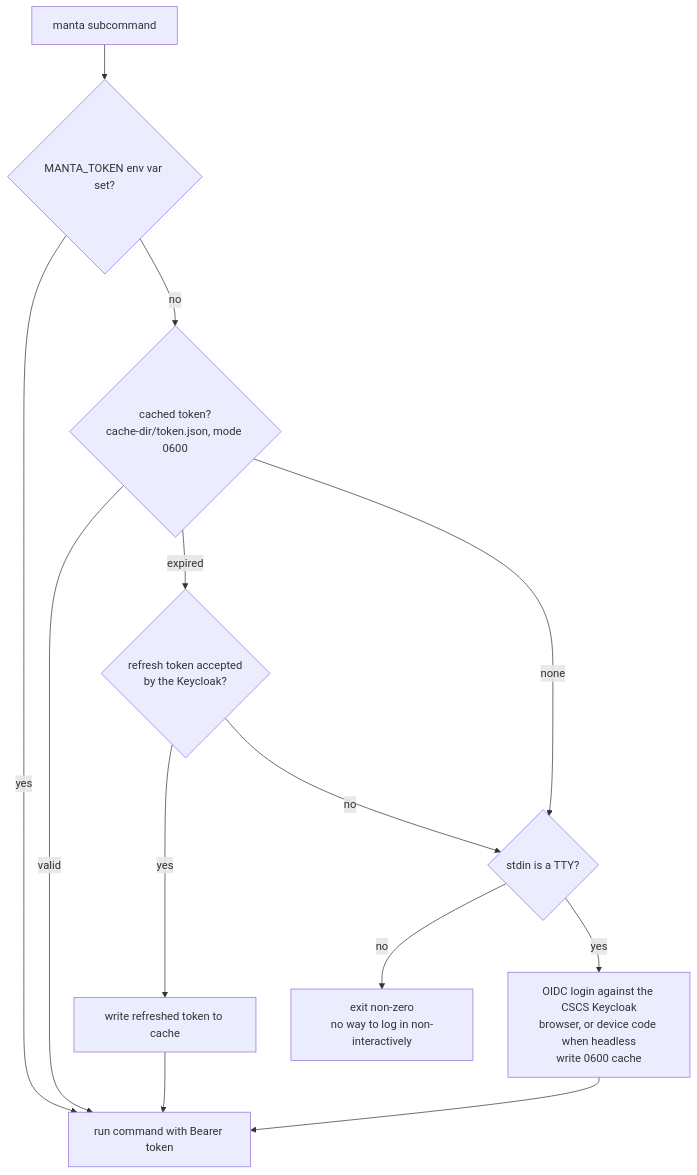
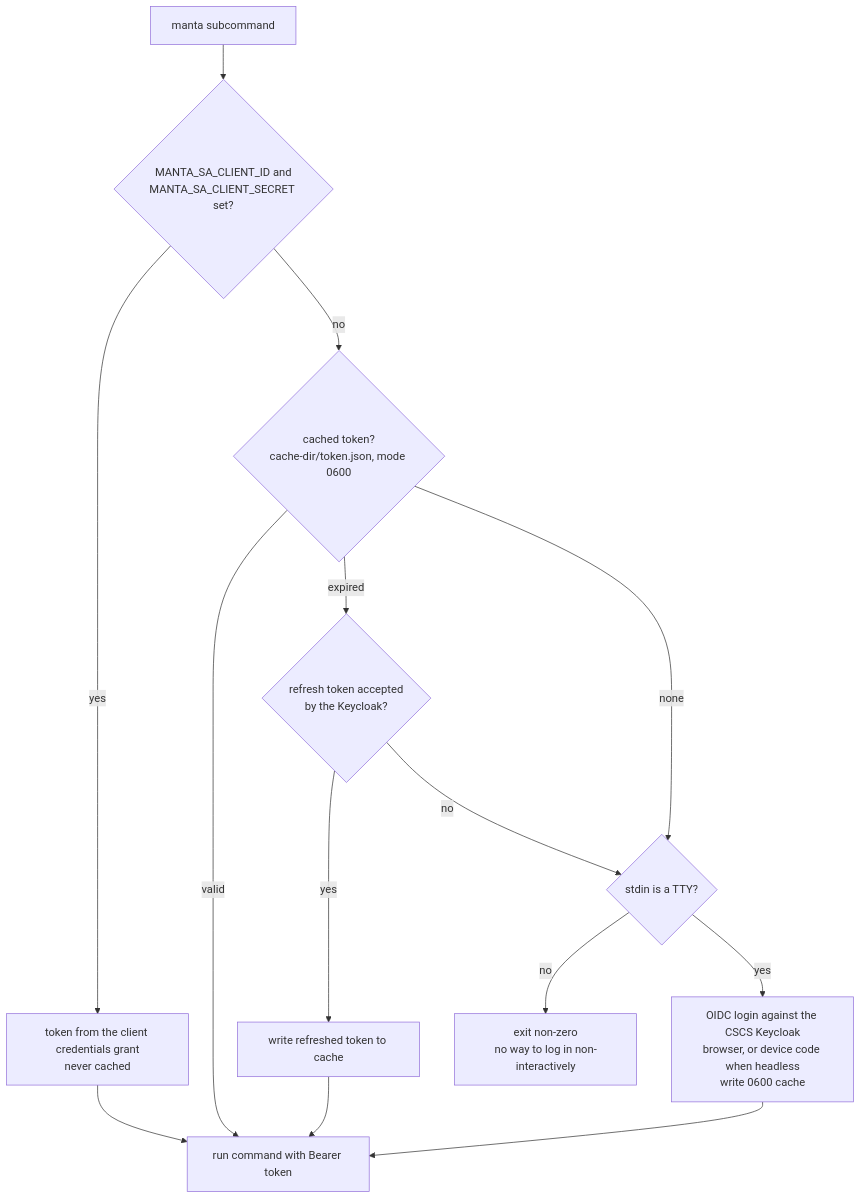
Before and after one commit to eth-cscs/manta: the fourth of 4 diagrams in GUIDE.md, drawn with Mermaid. The commit also changed other lines of this file and 10 other files, not shown here.

First line of the commit message:
feat(cli)!: stop reading MANTA_TOKEN

````diff
--- a/GUIDE.md
+++ b/GUIDE.md
@@ -766,14 +766,14 @@
 ```mermaid
 flowchart TD
-    Start[manta subcommand] --> Env{MANTA_TOKEN env var set?}
-    Env -->|yes| Run[run command with Bearer token]
+    Start[manta subcommand] --> Env{MANTA_SA_CLIENT_ID and<br/>MANTA_SA_CLIENT_SECRET set?}
+    Env -->|yes| SA[token from the client credentials grant<br/>never cached] --> Run[run command with Bearer token]
     Env -->|no| Cache{cached token?<br/>cache-dir/token.json, mode 0600}
     Cache -->|valid| Run
     Cache -->|expired| Refresh{refresh token accepted<br/>by the Keycloak?}
     Refresh -->|yes| Save[write refreshed token to cache] --> Run
     Refresh -->|no| TTY
     Cache -->|none| TTY{stdin is a TTY?}
     TTY -->|no| Fail[exit non-zero<br/>no way to log in non-interactively]
     TTY -->|yes| Login[OIDC login against the CSCS Keycloak<br/>browser, or device code when headless<br/>write 0600 cache]
     Login --> Run
 ```
````
